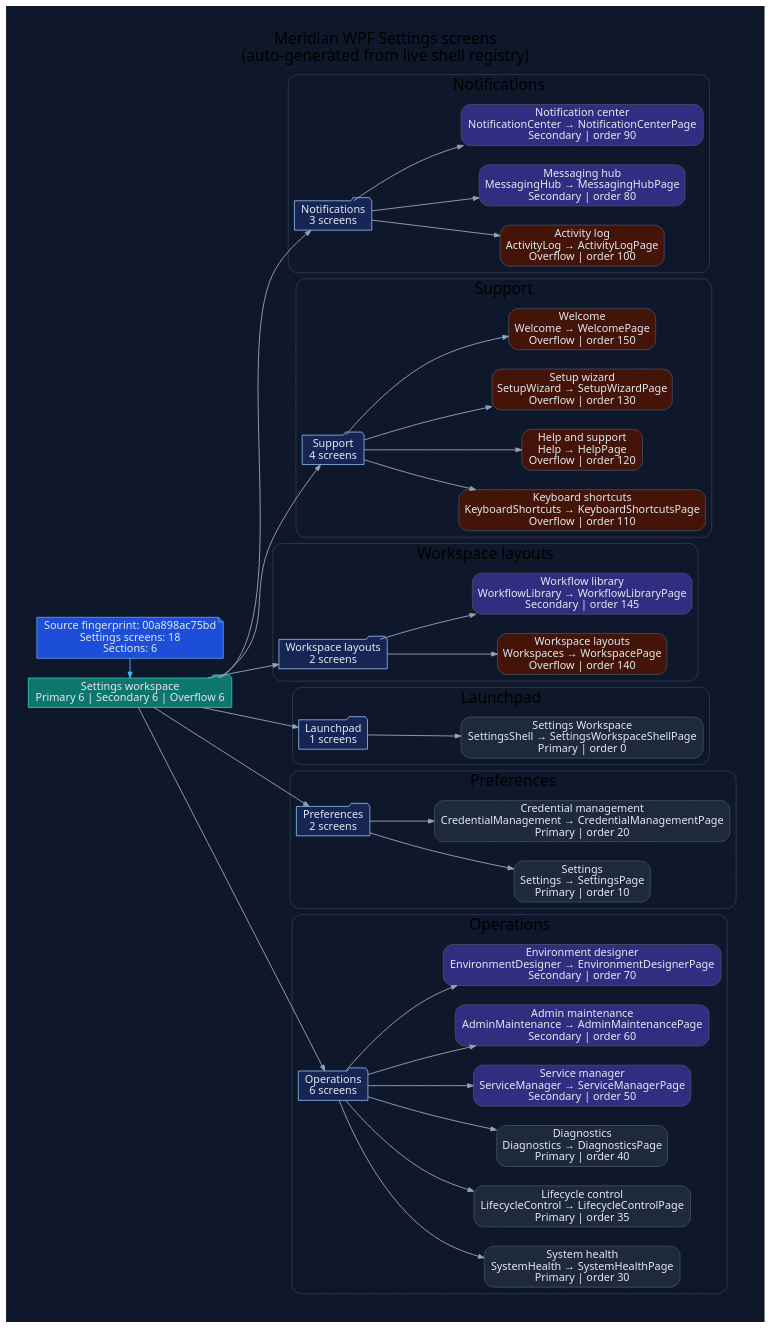
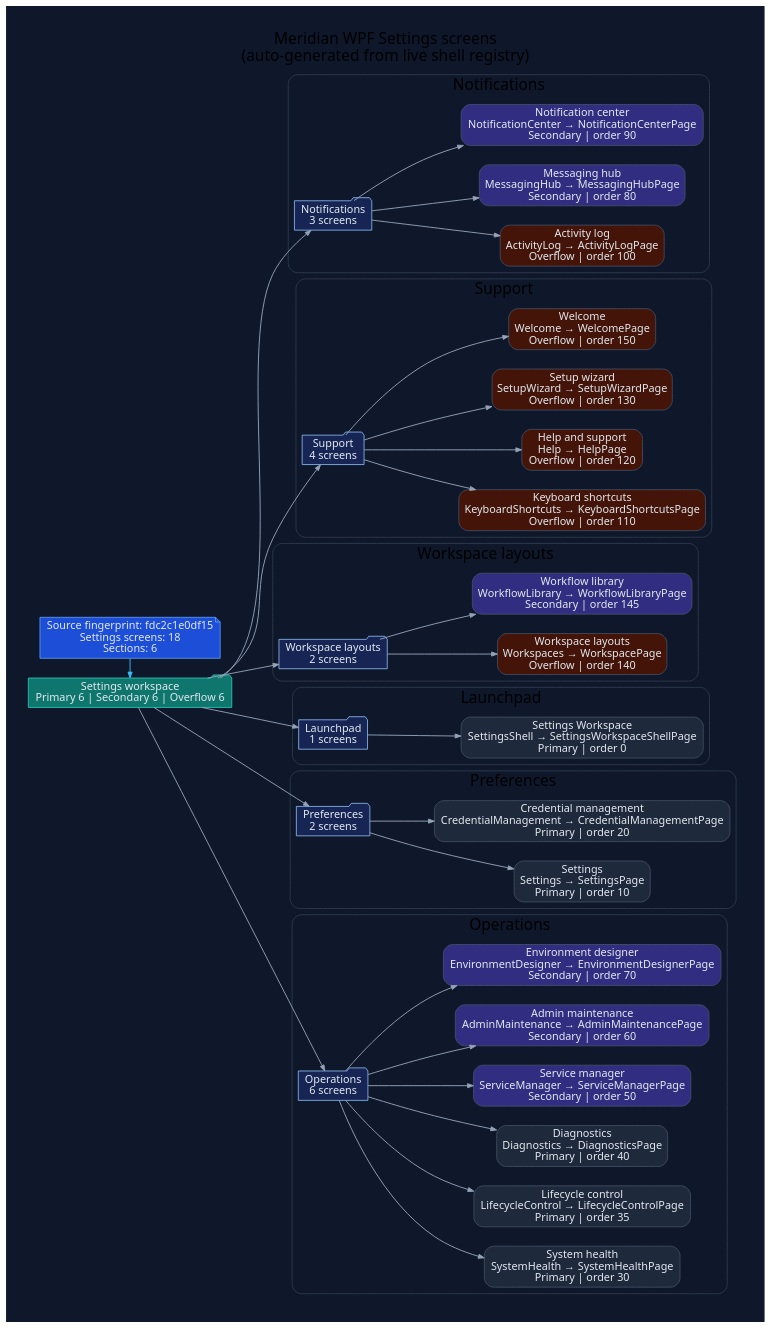
Before and after one commit to rodoHasArrived/Meridian-main: the diagram in docs/diagrams/ui-wpf-screens-settings.dot, drawn with Graphviz. The commit also changed 86 other files, not shown here.

```diff
--- a/docs/diagrams/ui-wpf-screens-settings.dot
+++ b/docs/diagrams/ui-wpf-screens-settings.dot
@@ -1,110 +1,110 @@
 // -----------------------------------------------------------------------------
 // <auto-generated>
 // Generated by scripts/generate-diagrams.mjs.
 // Do not edit this file directly; update the WPF source files instead.
 // -----------------------------------------------------------------------------
 digraph WpfSettingsScreens {
   graph [
     rankdir=LR,
     labelloc=t,
     label="Meridian WPF Settings screens\n(auto-generated from live shell registry)",
     fontname="Segoe UI",
     fontsize=20,
     pad=0.4,
     nodesep=0.35,
     ranksep=0.85,
     bgcolor="#0f172a"
   ];
   node [fontname="Segoe UI", shape=box, style="rounded,filled", color="#475569", fontcolor="#e2e8f0", fillcolor="#1e293b"];
   edge [fontname="Segoe UI", color="#94a3b8", penwidth=1.2, arrowsize=0.75];
 
-  generated [shape=note, fillcolor="#1d4ed8", color="#60a5fa", label="Source fingerprint: 00a898ac75bd\nSettings screens: 18\nSections: 6"];
+  generated [shape=note, fillcolor="#1d4ed8", color="#60a5fa", label="Source fingerprint: fdc2c1e0df15\nSettings screens: 18\nSections: 6"];
   workspace [shape=folder, fillcolor="#0f766e", color="#2dd4bf", label="Settings workspace\nPrimary 6 | Secondary 6 | Overflow 6"];
   generated -> workspace [color="#38bdf8"];
 
   subgraph cluster_section_1 {
     label="Notifications";
     color="#334155";
     style="rounded";
     section_1 [shape=folder, fillcolor="#172554", color="#93c5fd", label="Notifications\n3 screens"];
     workspace -> section_1;
     screen_ActivityLog [fillcolor="#431407", label="Activity log\nActivityLog → ActivityLogPage\nOverflow | order 100"];
     section_1 -> screen_ActivityLog;
     screen_MessagingHub [fillcolor="#312e81", label="Messaging hub\nMessagingHub → MessagingHubPage\nSecondary | order 80"];
     section_1 -> screen_MessagingHub;
     screen_NotificationCenter [fillcolor="#312e81", label="Notification center\nNotificationCenter → NotificationCenterPage\nSecondary | order 90"];
     section_1 -> screen_NotificationCenter;
   }
 
   subgraph cluster_section_2 {
     label="Support";
     color="#334155";
     style="rounded";
     section_2 [shape=folder, fillcolor="#172554", color="#93c5fd", label="Support\n4 screens"];
     workspace -> section_2;
     screen_KeyboardShortcuts [fillcolor="#431407", label="Keyboard shortcuts\nKeyboardShortcuts → KeyboardShortcutsPage\nOverflow | order 110"];
     section_2 -> screen_KeyboardShortcuts;
     screen_Help [fillcolor="#431407", label="Help and support\nHelp → HelpPage\nOverflow | order 120"];
     section_2 -> screen_Help;
     screen_SetupWizard [fillcolor="#431407", label="Setup wizard\nSetupWizard → SetupWizardPage\nOverflow | order 130"];
     section_2 -> screen_SetupWizard;
     screen_Welcome [fillcolor="#431407", label="Welcome\nWelcome → WelcomePage\nOverflow | order 150"];
     section_2 -> screen_Welcome;
   }
 
   subgraph cluster_section_3 {
     label="Workspace layouts";
     color="#334155";
     style="rounded";
     section_3 [shape=folder, fillcolor="#172554", color="#93c5fd", label="Workspace layouts\n2 screens"];
     workspace -> section_3;
     screen_Workspaces [fillcolor="#431407", label="Workspace layouts\nWorkspaces → WorkspacePage\nOverflow | order 140"];
     section_3 -> screen_Workspaces;
     screen_WorkflowLibrary [fillcolor="#312e81", label="Workflow library\nWorkflowLibrary → WorkflowLibraryPage\nSecondary | order 145"];
     section_3 -> screen_WorkflowLibrary;
   }
 
   subgraph cluster_section_4 {
     label="Launchpad";
     color="#334155";
     style="rounded";
     section_4 [shape=folder, fillcolor="#172554", color="#93c5fd", label="Launchpad\n1 screens"];
     workspace -> section_4;
     screen_SettingsShell [fillcolor="#1e293b", label="Settings Workspace\nSettingsShell → SettingsWorkspaceShellPage\nPrimary | order 0"];
     section_4 -> screen_SettingsShell;
   }
 
   subgraph cluster_section_5 {
     label="Preferences";
     color="#334155";
     style="rounded";
     section_5 [shape=folder, fillcolor="#172554", color="#93c5fd", label="Preferences\n2 screens"];
     workspace -> section_5;
     screen_Settings [fillcolor="#1e293b", label="Settings\nSettings → SettingsPage\nPrimary | order 10"];
     section_5 -> screen_Settings;
     screen_CredentialManagement [fillcolor="#1e293b", label="Credential management\nCredentialManagement → CredentialManagementPage\nPrimary | order 20"];
     section_5 -> screen_CredentialManagement;
   }
 
   subgraph cluster_section_6 {
     label="Operations";
     color="#334155";
     style="rounded";
     section_6 [shape=folder, fillcolor="#172554", color="#93c5fd", label="Operations\n6 screens"];
     workspace -> section_6;
     screen_SystemHealth [fillcolor="#1e293b", label="System health\nSystemHealth → SystemHealthPage\nPrimary | order 30"];
     section_6 -> screen_SystemHealth;
     screen_LifecycleControl [fillcolor="#1e293b", label="Lifecycle control\nLifecycleControl → LifecycleControlPage\nPrimary | order 35"];
     section_6 -> screen_LifecycleControl;
     screen_Diagnostics [fillcolor="#1e293b", label="Diagnostics\nDiagnostics → DiagnosticsPage\nPrimary | order 40"];
     section_6 -> screen_Diagnostics;
     screen_ServiceManager [fillcolor="#312e81", label="Service manager\nServiceManager → ServiceManagerPage\nSecondary | order 50"];
     section_6 -> screen_ServiceManager;
     screen_AdminMaintenance [fillcolor="#312e81", label="Admin maintenance\nAdminMaintenance → AdminMaintenancePage\nSecondary | order 60"];
     section_6 -> screen_AdminMaintenance;
     screen_EnvironmentDesigner [fillcolor="#312e81", label="Environment designer\nEnvironmentDesigner → EnvironmentDesignerPage\nSecondary | order 70"];
     section_6 -> screen_EnvironmentDesigner;
   }
 
   { rank=min; generated; workspace; }
 }
```
